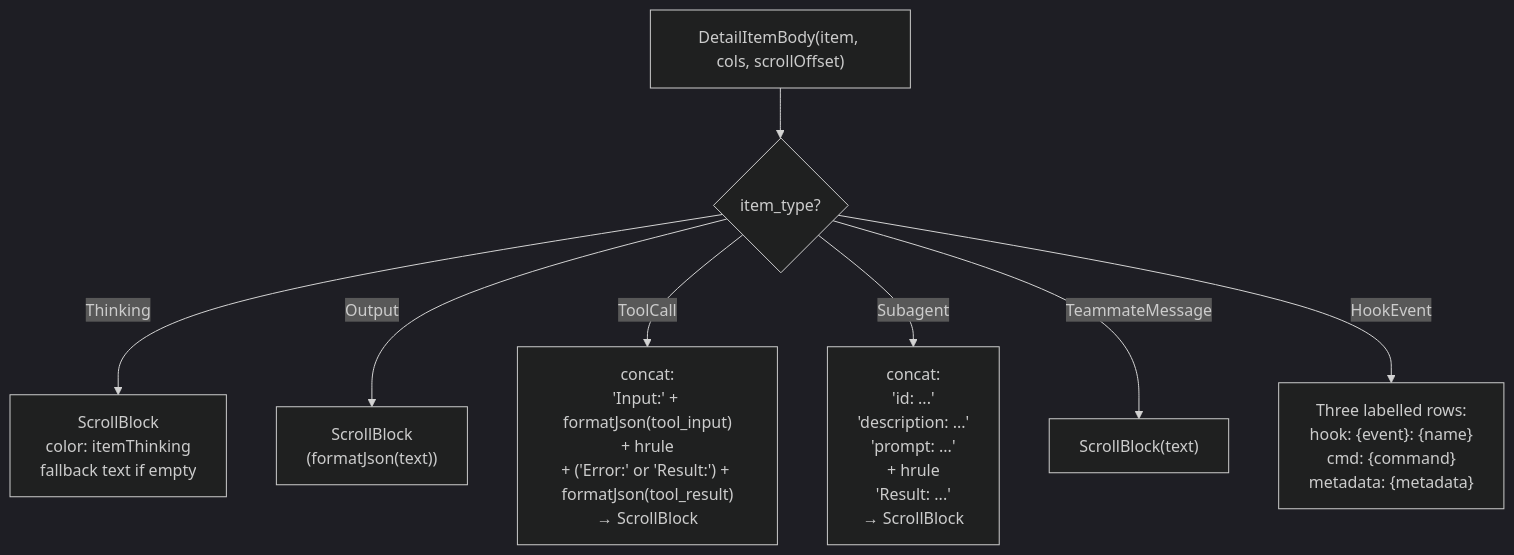
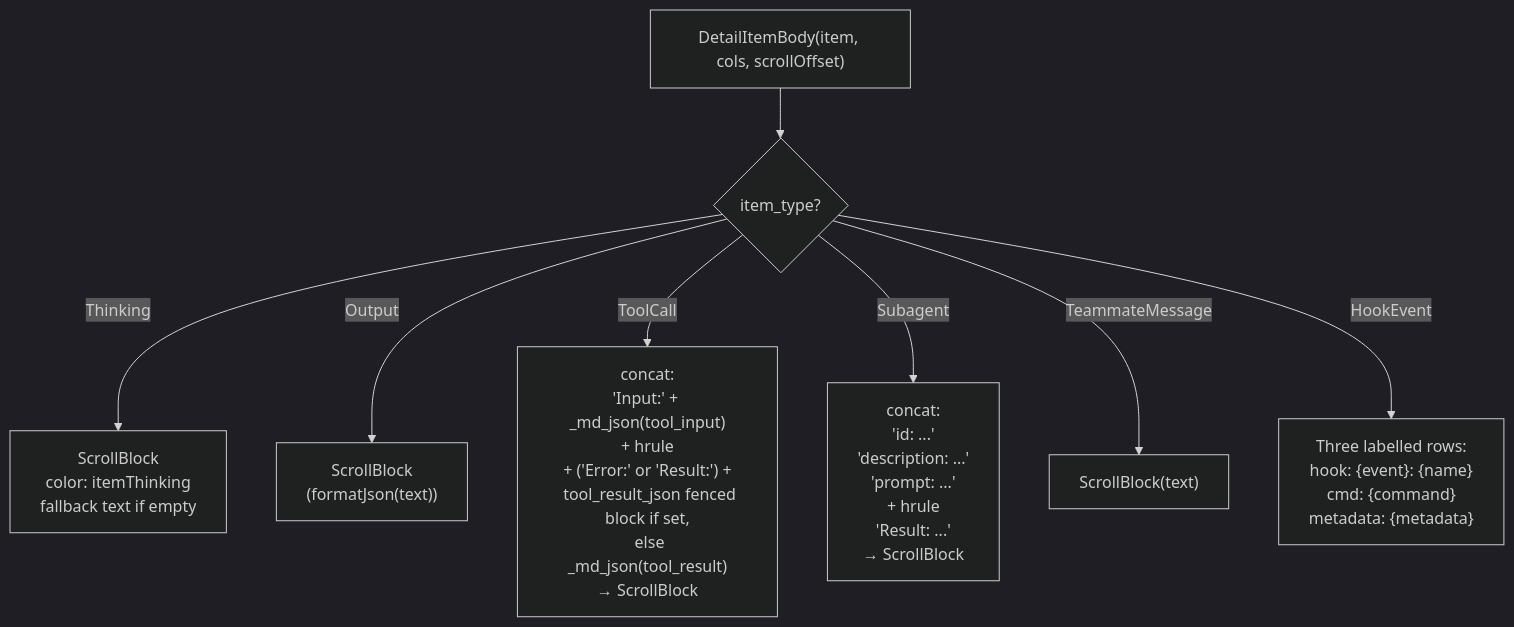
The third of 11 diagrams in specs/13-item-rendering.md (delexw/claude-code-trace), drawn with Mermaid (dark theme) before and after one commit. The commit also changed other lines of this file and 3 other files, not shown here.

First line of the commit message:
fix(detail): pretty-print JSON tool results in web and tui-py

````diff
--- a/specs/13-item-rendering.md
+++ b/specs/13-item-rendering.md
@@ -98,12 +98,12 @@
 ```mermaid
 flowchart TD
     BODY["DetailItemBody(item, cols, scrollOffset)"]
     BODY --> T{"item_type?"}
 
     T -->|"Thinking"| TH["ScrollBlock\ncolor: itemThinking\nfallback text if empty"]
     T -->|"Output"| OUT["ScrollBlock\n(formatJson(text))"]
-    T -->|"ToolCall"| TC["concat:\n'Input:' + formatJson(tool_input)\n+ hrule\n+ ('Error:' or 'Result:') + formatJson(tool_result)\n→ ScrollBlock"]
+    T -->|"ToolCall"| TC["concat:\n'Input:' + _md_json(tool_input)\n+ hrule\n+ ('Error:' or 'Result:') +\n  tool_result_json fenced block if set,\n  else _md_json(tool_result)\n→ ScrollBlock"]
     T -->|"Subagent"| SA["concat:\n'id: ...'\n'description: ...'\n'prompt: ...'\n+ hrule\n'Result: ...'\n→ ScrollBlock"]
     T -->|"TeammateMessage"| TM["ScrollBlock(text)"]
     T -->|"HookEvent"| HK["Three labelled rows:\nhook: {event}: {name}\ncmd: {command}\nmetadata: {metadata}"]
 ```
````
